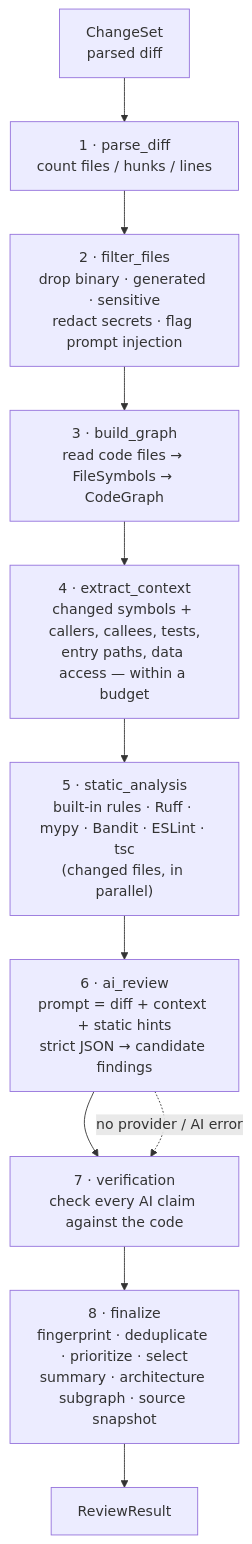
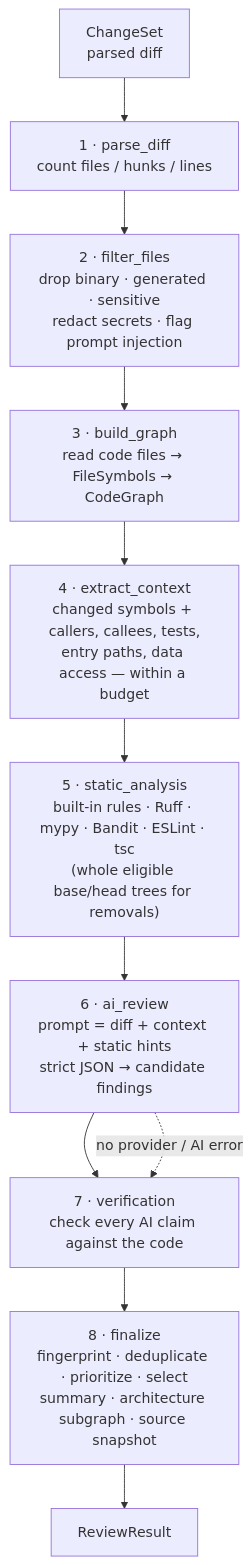
One commit to krish-121/Ai-code-reviewer changed the third of 9 diagrams in docs/ARCHITECTURE.md. Above: the diagram before and after it, drawn with Mermaid. The commit also changed other lines of this file and 194 other files, not shown here.

````diff
--- a/docs/ARCHITECTURE.md
+++ b/docs/ARCHITECTURE.md
@@ -97,13 +105,13 @@
 ```mermaid
 flowchart TD
     A[ChangeSet<br/>parsed diff] --> S1
     S1["1 · parse_diff<br/>count files / hunks / lines"] --> S2
     S2["2 · filter_files<br/>drop binary · generated · sensitive<br/>redact secrets · flag prompt injection"] --> S3
     S3["3 · build_graph<br/>read code files → FileSymbols → CodeGraph"] --> S4
     S4["4 · extract_context<br/>changed symbols + callers, callees, tests,<br/>entry paths, data access — within a budget"] --> S5
-    S5["5 · static_analysis<br/>built-in rules · Ruff · mypy · Bandit · ESLint · tsc<br/>(changed files, in parallel)"] --> S6
+    S5["5 · static_analysis<br/>built-in rules · Ruff · mypy · Bandit · ESLint · tsc<br/>(whole eligible base/head trees for removals)"] --> S6
     S6["6 · ai_review<br/>prompt = diff + context + static hints<br/>strict JSON → candidate findings"] --> S7
     S7["7 · verification<br/>check every AI claim against the code"] --> S8
     S8["8 · finalize<br/>fingerprint · deduplicate · prioritize · select<br/>summary · architecture subgraph · source snapshot"] --> R[ReviewResult]
     S6 -.no provider / AI error.-> S7
 ```
````
